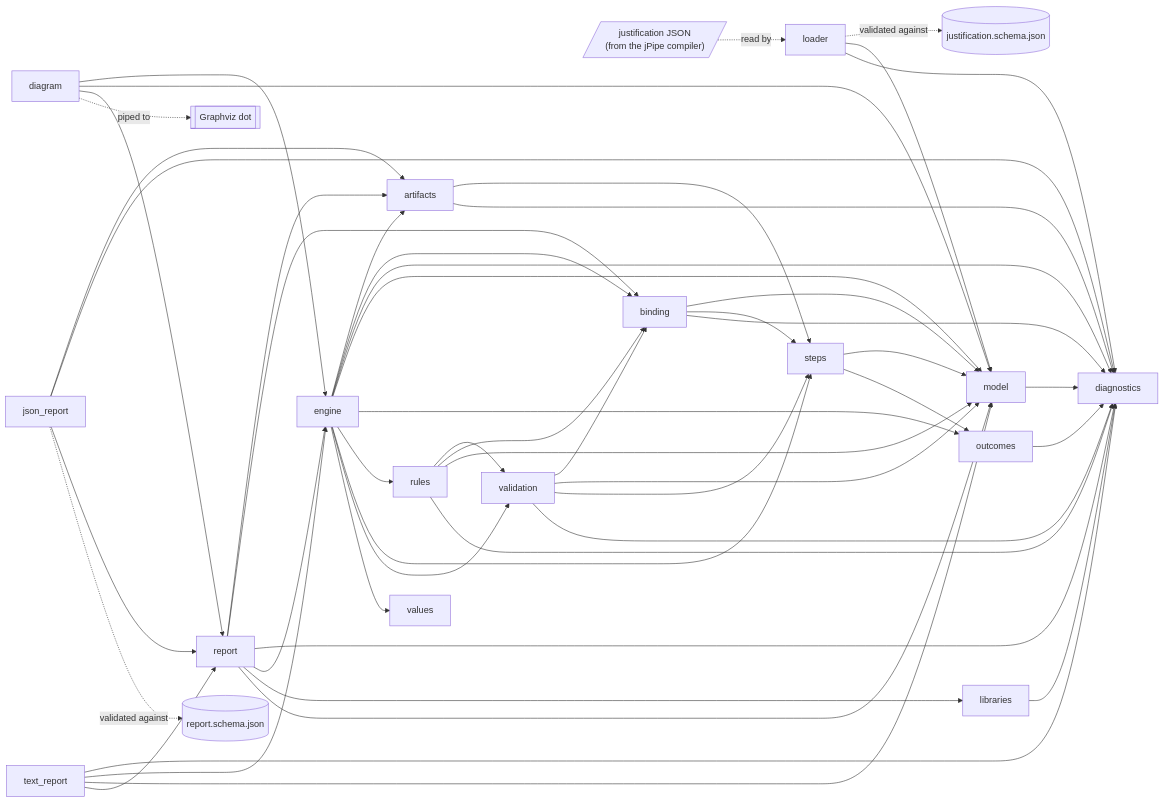
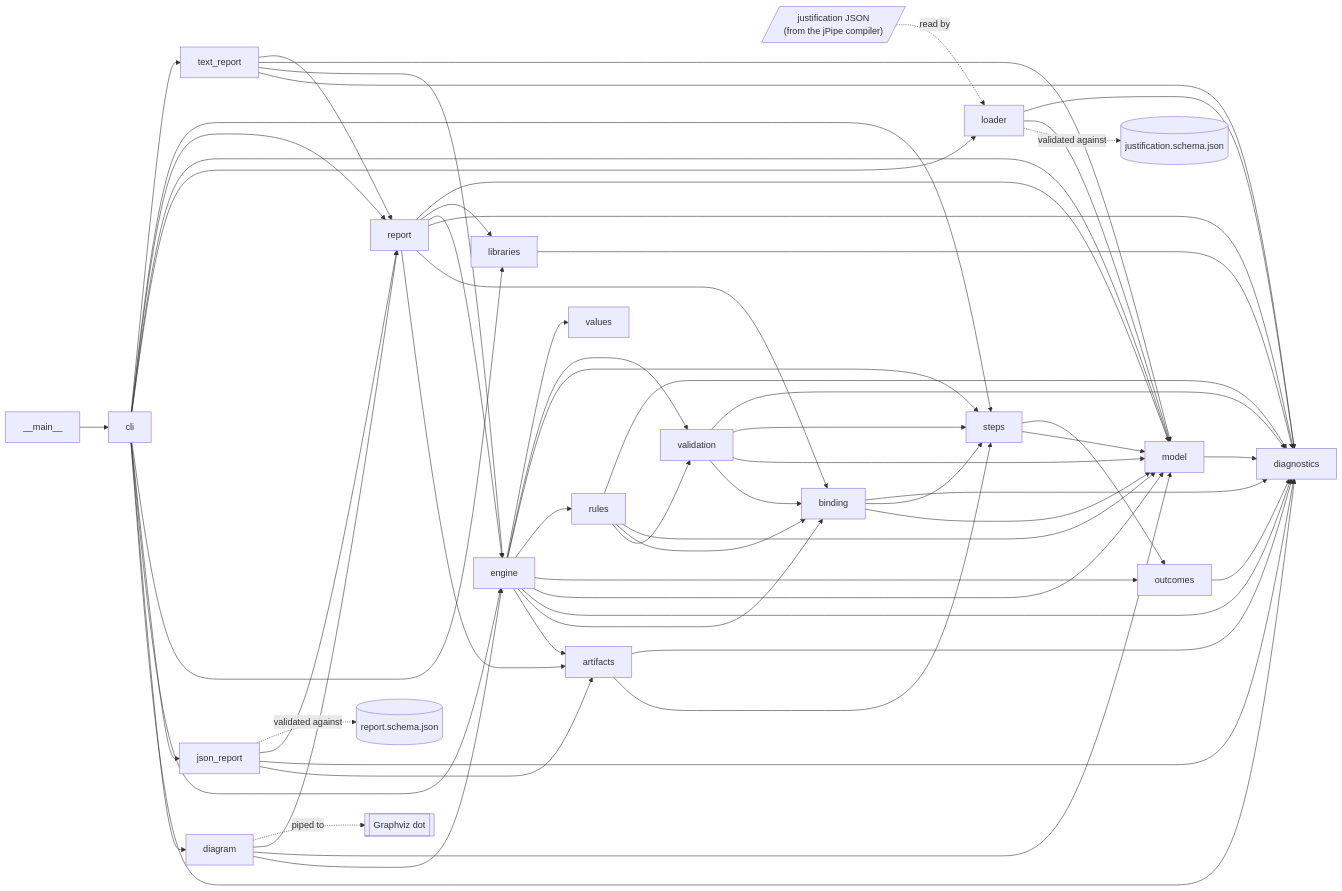
The first of 2 diagrams in docs/design.md (jpipe-mcscert/jpipe-runner), drawn with Mermaid before and after one commit. The commit also changed other lines of this file and 52 other files, not shown here.

````diff
--- a/docs/design.md
+++ b/docs/design.md
@@ -8,57 +8,68 @@
 ```mermaid
 flowchart LR
     json[/"justification JSON<br>(from the jPipe compiler)"/]
     schema[("justification.schema.json")]
     reportschema[("report.schema.json")]
 
     json -.->|read by| loader
     loader -.->|validated against| schema
     loader --> model
     loader --> diagnostics
     model --> diagnostics
     outcomes --> diagnostics
     steps --> model
     steps --> outcomes
     values[values]
     binding --> model
     binding --> steps
     binding --> diagnostics
     validation --> binding
     validation --> model
     validation --> steps
     validation --> diagnostics
     rules --> validation
     rules --> binding
     rules --> model
     rules --> diagnostics
     artifacts --> steps
     artifacts --> diagnostics
     libraries --> diagnostics
     engine --> artifacts
     engine --> binding
     engine --> diagnostics
     engine --> model
     engine --> outcomes
     engine --> rules
     engine --> steps
     engine --> validation
     engine --> values
     report --> artifacts
     report --> binding
     report --> diagnostics
     report --> engine
     report --> libraries
     report --> model
     diagram --> engine
     diagram --> model
     diagram --> report
     diagram -.->|piped to| dot[["Graphviz dot"]]
     json_report --> artifacts
     json_report --> diagnostics
     json_report --> report
     json_report -.->|validated against| reportschema
     text_report --> diagnostics
     text_report --> engine
     text_report --> model
     text_report --> report
+    cli --> diagnostics
+    cli --> diagram
+    cli --> engine
+    cli --> json_report
+    cli --> libraries
+    cli --> loader
+    cli --> model
+    cli --> report
+    cli --> steps
+    cli --> text_report
+    __main__ --> cli
 ```
````
